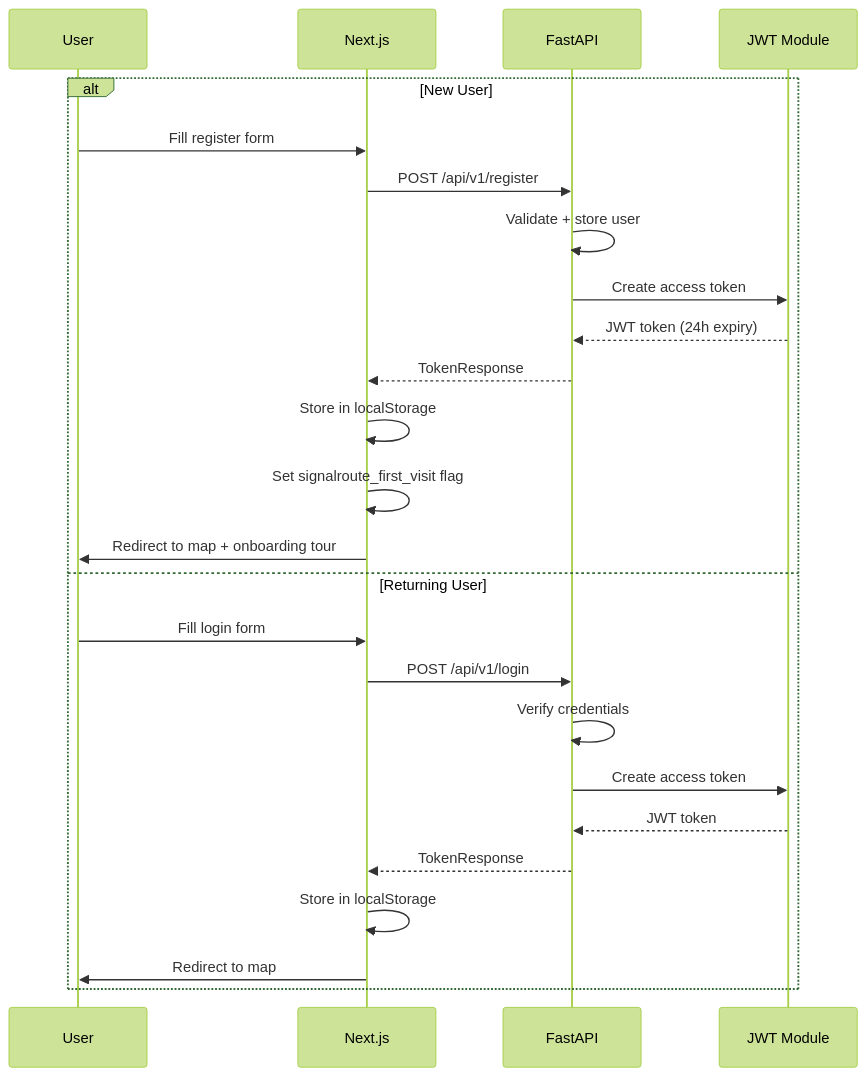
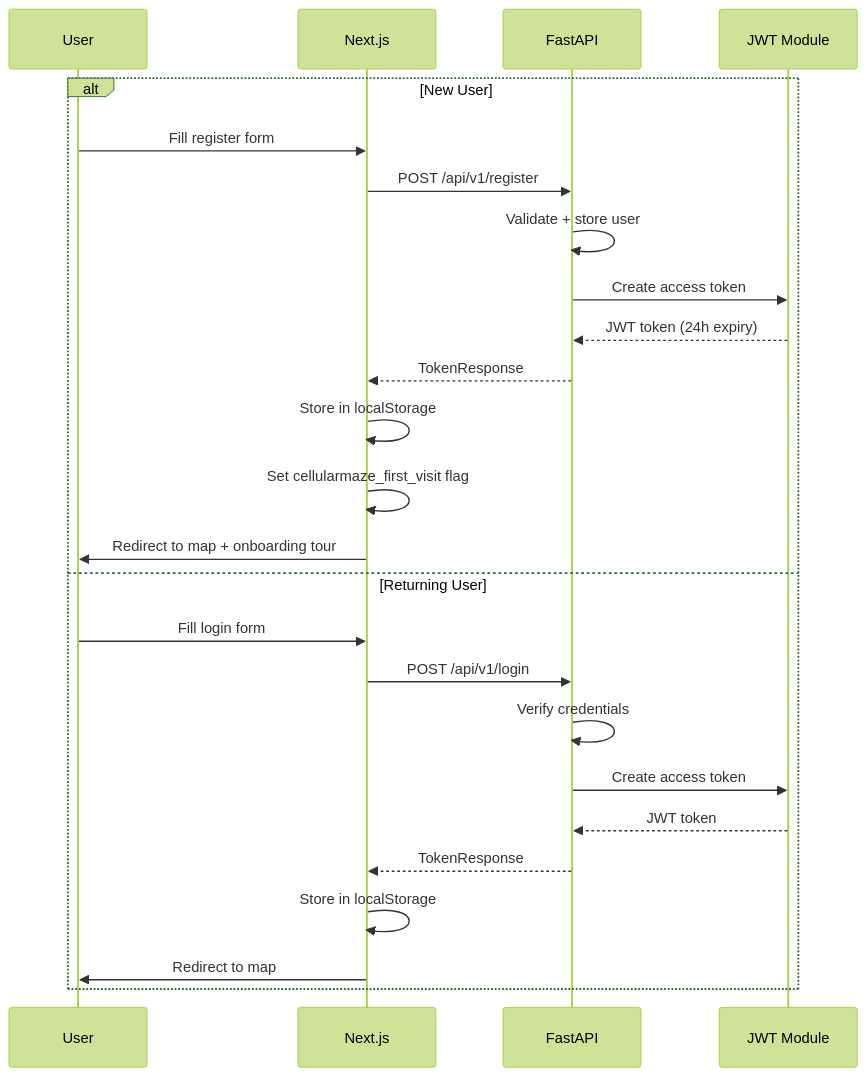
The seventh of 8 diagrams in docs/architecture_overview.md (MITHRAN-BALACHANDER/MAHE-Hackathon), drawn with Mermaid (forest theme) before and after one commit. The commit also changed other lines of this file and 31 other files, not shown here.

````diff
--- a/docs/architecture_overview.md
+++ b/docs/architecture_overview.md
@@ -244,28 +244,28 @@
 ```mermaid
 sequenceDiagram
     participant U as User
     participant FE as Next.js
     participant API as FastAPI
     participant JWT as JWT Module
 
     alt New User
         U->>FE: Fill register form
         FE->>API: POST /api/v1/register
         API->>API: Validate + store user
         API->>JWT: Create access token
         JWT-->>API: JWT token (24h expiry)
         API-->>FE: TokenResponse
         FE->>FE: Store in localStorage
-        FE->>FE: Set signalroute_first_visit flag
+        FE->>FE: Set cellularmaze_first_visit flag
         FE->>U: Redirect to map + onboarding tour
     else Returning User
         U->>FE: Fill login form
         FE->>API: POST /api/v1/login
         API->>API: Verify credentials
         API->>JWT: Create access token
         JWT-->>API: JWT token
         API-->>FE: TokenResponse
         FE->>FE: Store in localStorage
         FE->>U: Redirect to map
     end
 ```
````
